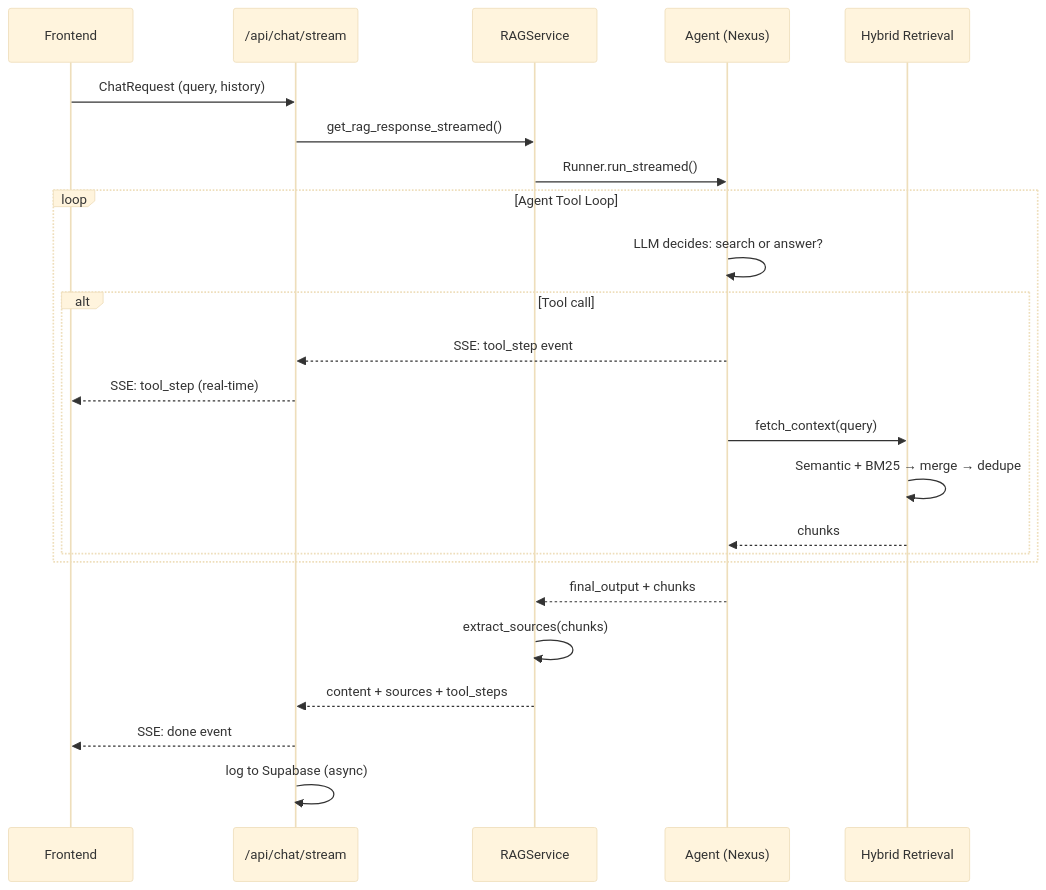
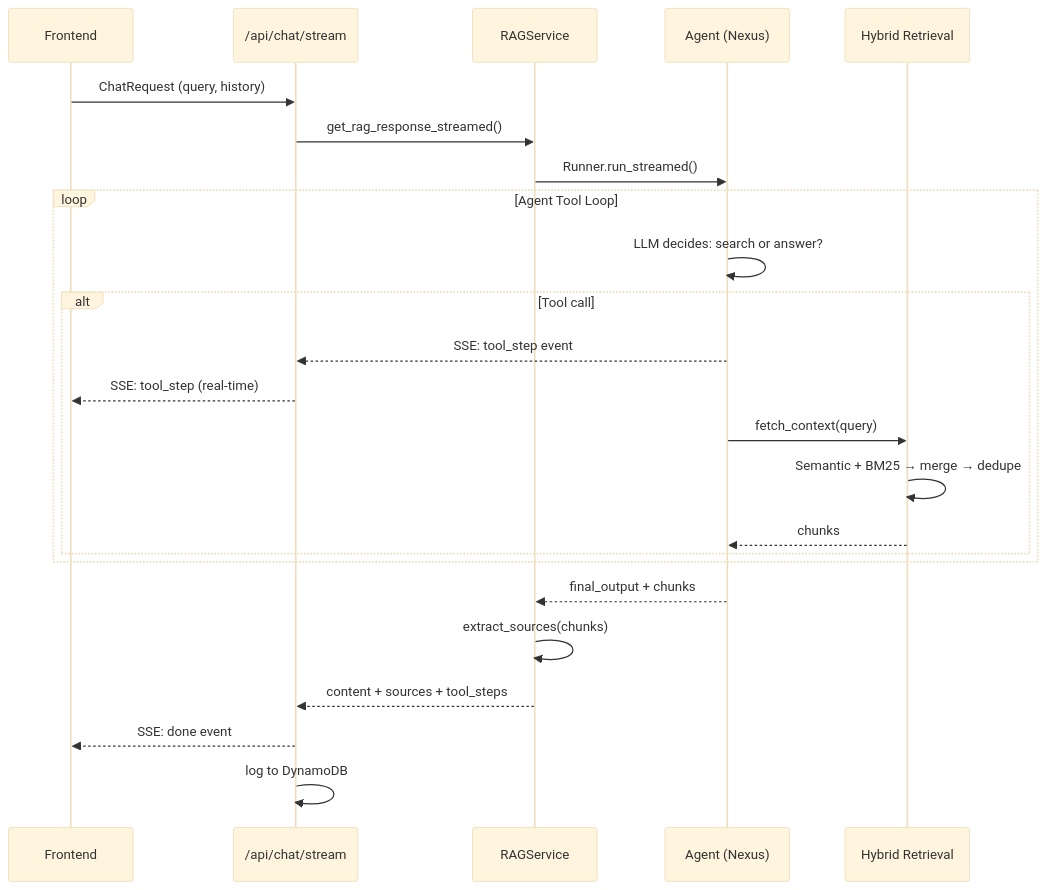
One commit to smvanegasp/madetech-rag-assistant changed the second of 2 diagrams in backend/README.md. Above: the diagram before and after it, drawn with Mermaid (base theme). The commit also changed other lines of this file and 58 other files, not shown here.

````diff
--- a/backend/README.md
+++ b/backend/README.md
@@ -98,29 +98,29 @@
 ```mermaid
 sequenceDiagram
     participant F as Frontend
     participant A as /api/chat/stream
     participant S as RAGService
     participant AG as Agent (Nexus)
     participant R as Hybrid Retrieval
 
     F->>A: ChatRequest (query, history)
     A->>S: get_rag_response_streamed()
     S->>AG: Runner.run_streamed()
 
     loop Agent Tool Loop
         AG->>AG: LLM decides: search or answer?
         alt Tool call
             AG-->>A: SSE: tool_step event
             A-->>F: SSE: tool_step (real-time)
             AG->>R: fetch_context(query)
             R->>R: Semantic + BM25 → merge → dedupe
             R-->>AG: chunks
         end
     end
 
     AG-->>S: final_output + chunks
     S->>S: extract_sources(chunks)
     S-->>A: content + sources + tool_steps
     A-->>F: SSE: done event
-    A->>A: log to Supabase (async)
+    A->>A: log to DynamoDB
 ```
````
